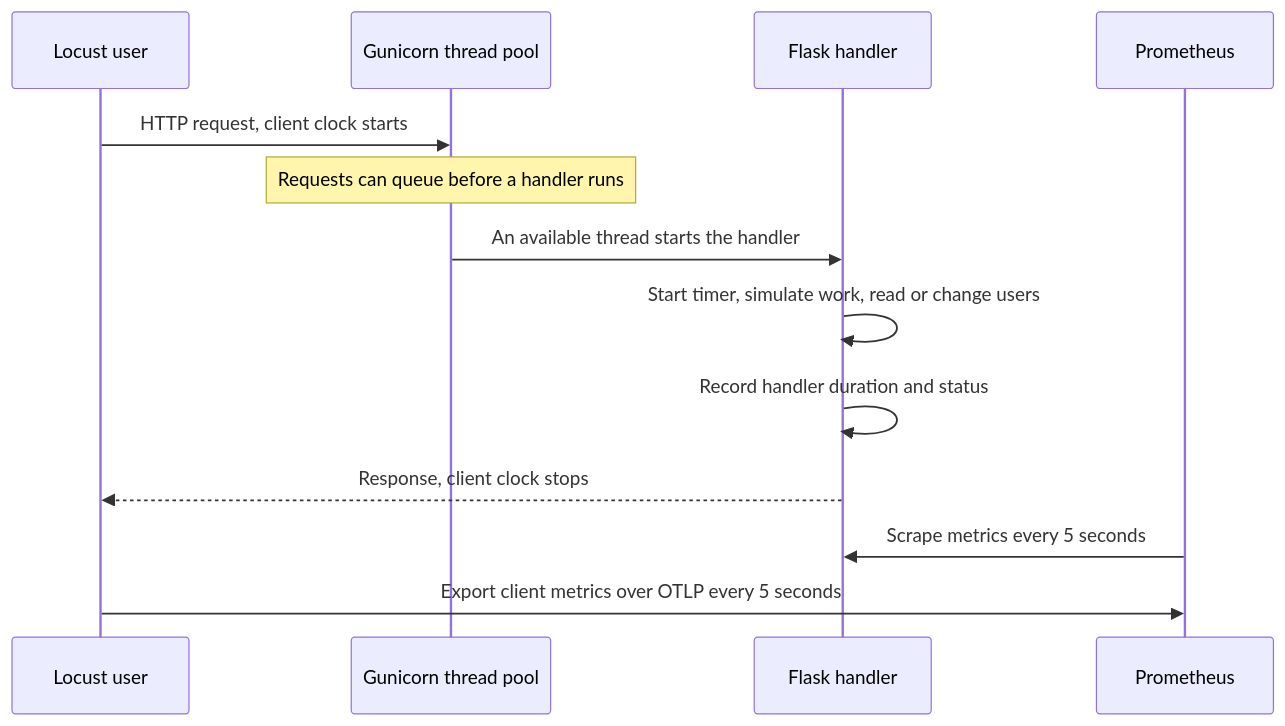
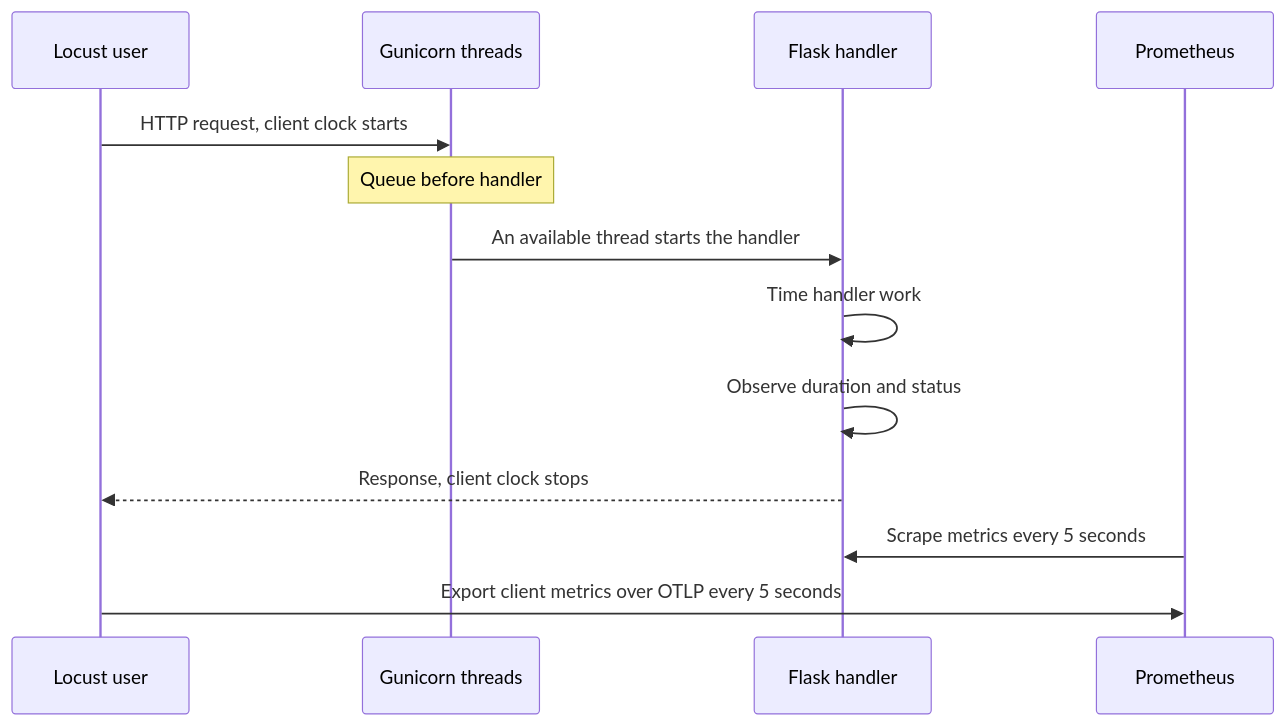
The second of 2 diagrams in docs/architecture.md (yashwant-das/qa-py-locust-grafana), drawn with Mermaid before and after one commit. The commit also changed other lines of this file and 2 other files, not shown here.

Commit message:
Record cloud verification and clarify startup and measurement diagrams

````diff
--- a/docs/architecture.md
+++ b/docs/architecture.md
@@ -34,15 +32,15 @@
 ```mermaid
 sequenceDiagram
     participant User as Locust user
-    participant Pool as Gunicorn thread pool
+    participant Pool as Gunicorn threads
     participant App as Flask handler
     participant Prom as Prometheus
     User->>Pool: HTTP request, client clock starts
-    Note over Pool: Requests can queue before a handler runs
+    Note over Pool: Queue before handler
     Pool->>App: An available thread starts the handler
-    App->>App: Start timer, simulate work, read or change users
-    App->>App: Record handler duration and status
+    App->>App: Time handler work
+    App->>App: Observe duration and status
     App-->>User: Response, client clock stops
     Prom->>App: Scrape metrics every 5 seconds
     User->>Prom: Export client metrics over OTLP every 5 seconds
 ```
````
